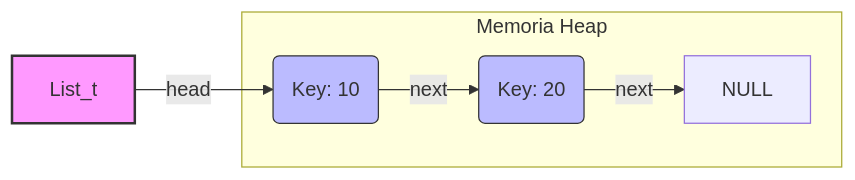
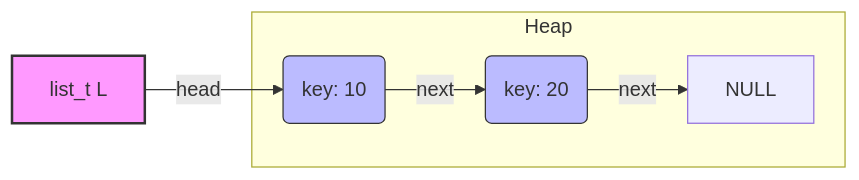
The first of 3 diagrams in clase_16/code/lists/sin_locks/README.md (udea-so/apuntes_2026-2_SO-virtual), drawn with Mermaid before and after one commit. The commit also changed other lines of this file and 3 other files, not shown here.

````diff
--- a/clase_16/code/lists/sin_locks/README.md
+++ b/clase_16/code/lists/sin_locks/README.md
@@ -34,11 +43,12 @@
 ```mermaid
+%%{init: {"themeVariables": {"fontFamily": "Arial, Helvetica, sans-serif"}}}%%
 graph LR
-    L[List_t] -->|head| N1
-    subgraph Memoria Heap
-        N1(Key: 10) -->|next| N2(Key: 20)
-        N2 -->|next| NULL
+    L["list_t L"] -->|head| N1
+    subgraph Heap
+        N1("key: 10") -->|next| N2("key: 20")
+        N2 -->|next| NULL["NULL"]
     end
     style L fill:#f9f,stroke:#333,stroke-width:2px
     style N1 fill:#bbf,stroke:#333
     style N2 fill:#bbf,stroke:#333
 ```
````
